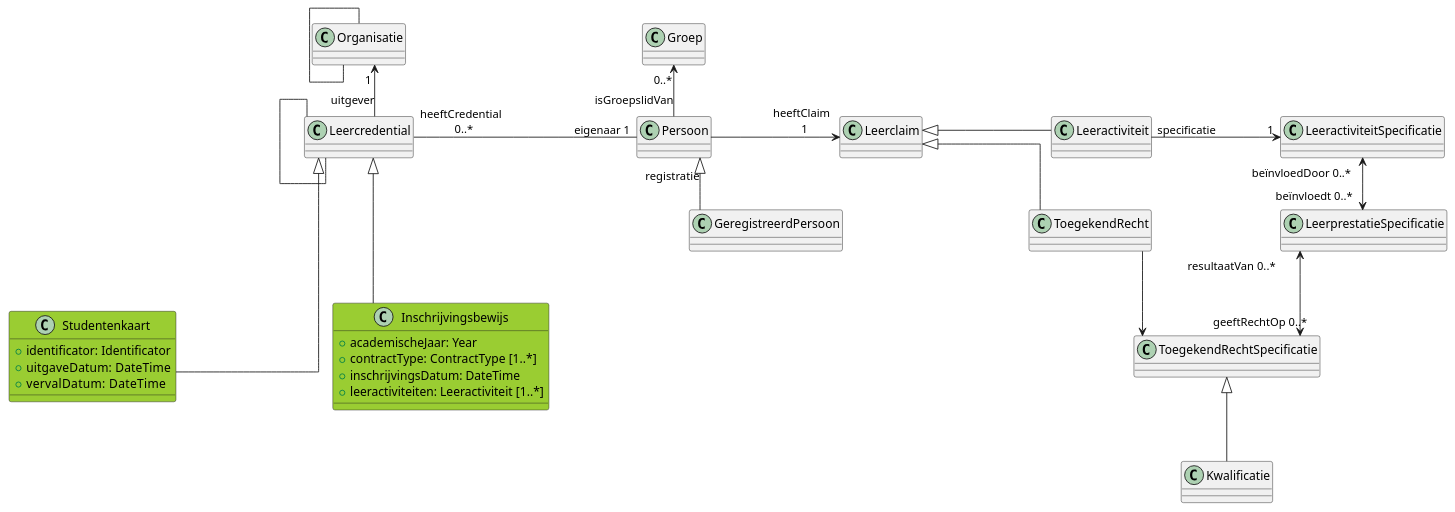
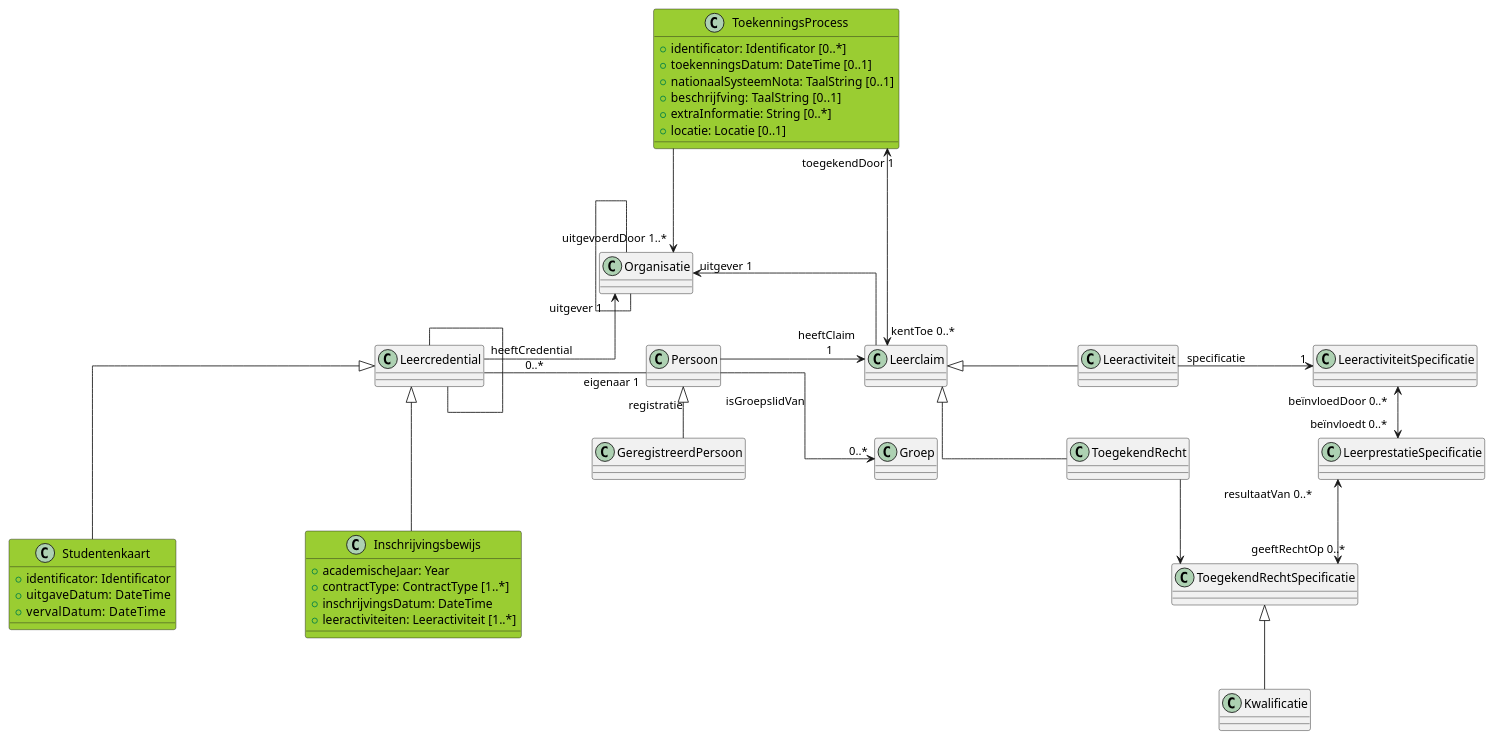
The diagram in resources/plantuml/newclasses.puml (Informatievlaanderen/OSLOthema-Leerinschrijfcredential), drawn with PlantUML before and after one commit. The commit also changed 11 other files, not shown here.

Commit message:
feat (general): Update plantuml diagrams

```diff
--- a/resources/plantuml/newclasses.puml
+++ b/resources/plantuml/newclasses.puml
@@ -2,66 +2,79 @@
 @startuml
 skinparam nodesep 150
 skinparam linetype ortho
 allowmixing
 
+class ToekenningsProcess #yellowgreen{
+    + identificator: Identificator [0..*]
+    + toekenningsDatum: DateTime [0..1]
+    + nationaalSysteemNota: TaalString [0..1]
+    + beschrijfving: TaalString  [0..1]
+    + extraInformatie: String [0..*]
+    + locatie: Locatie [0..1]
+
+}
+together{
+class Studentenkaart #yellowgreen  {
+    + identificator: Identificator
+    + uitgaveDatum:  DateTime
+    + vervalDatum:   DateTime
+
+}
+class Inschrijvingsbewijs #yellowgreen {
+    + academischeJaar: Year
+    + contractType: ContractType [1..*]
+    + inschrijvingsDatum: DateTime
+    + leeractiviteiten: Leeractiviteit [1..*]
+}
+}
 class Persoon 
 class Groep
 class Leercredential
 together{
     class Leeractiviteit
     class ToegekendRecht
 }
 class GeregistreerdPersoon
 class Organisatie
 class Leerclaim
 class LeeractiviteitSpecificatie
 class LeerprestatieSpecificatie
 class ToegekendRechtSpecificatie
 class Kwalificatie
-class Studentenkaart #yellowgreen  {
-    + identificator: Identificator
-    + uitgaveDatum:  DateTime
-    + vervalDatum:   DateTime
-
-}
-class Inschrijvingsbewijs #yellowgreen {
-    + academischeJaar: Year
-    + contractType: ContractType [1..*]
-    + inschrijvingsDatum: DateTime
-    + leeractiviteiten: Leeractiviteit [1..*]
-}
 
 
-node a
-hide a
+class a
+hide a 
+
+Leerclaim  -[hidden]- Groep
+Organisatie "uitgever 1" <-- Leerclaim
+ToekenningsProcess "toegekendDoor 1" <---> "kentToe 0..*" Leerclaim
+ToekenningsProcess --->"uitgevoerdDoor 1..*" Organisatie
 
 Persoon <|-- GeregistreerdPersoon: " registratie"
 Groep "0..*" <-- Persoon: "isGroepslidVan"
-Leercredential  --  Leercredential
+Leercredential  -[norank]-  Leercredential
 Leercredential "heeftCredential \n 0..*"-r-"\t\t eigenaar 1" Persoon
-Organisatie "1  " <--  Leercredential: "uitgever"
-Organisatie  --  Organisatie
+Organisatie "uitgever 1" <--  Leercredential
+Organisatie  -[norank]-  Organisatie
 
 Persoon -r->"heeftClaim \n 1" Leerclaim
 Leeractiviteit -[hidden]- ToegekendRecht
 Leerclaim <|-r- Leeractiviteit
 Leerclaim <|-r- ToegekendRecht
 
 
 Leeractiviteit -r-> "1" LeeractiviteitSpecificatie: "specificatie"
 LeeractiviteitSpecificatie "beïnvloedDoor 0..*" <--> "beïnvloedt 0..*"LeerprestatieSpecificatie
 LeerprestatieSpecificatie "resultaatVan 0..*" <--> "geeftRechtOp 0..*" ToegekendRechtSpecificatie
 
 ToegekendRecht -r-> ToegekendRechtSpecificatie
 ToegekendRechtSpecificatie <|-- Kwalificatie
 
-a -u- Leercredential
-Studentenkaart -u-|> a
-Inschrijvingsbewijs -u-|> a
 
-Studentenkaart -u-|> Leercredential
-Inschrijvingsbewijs -u-|> Leercredential
+Studentenkaart -u--|> Leercredential
+Inschrijvingsbewijs -u--|> Leercredential
 
 
 
 @enduml
```
